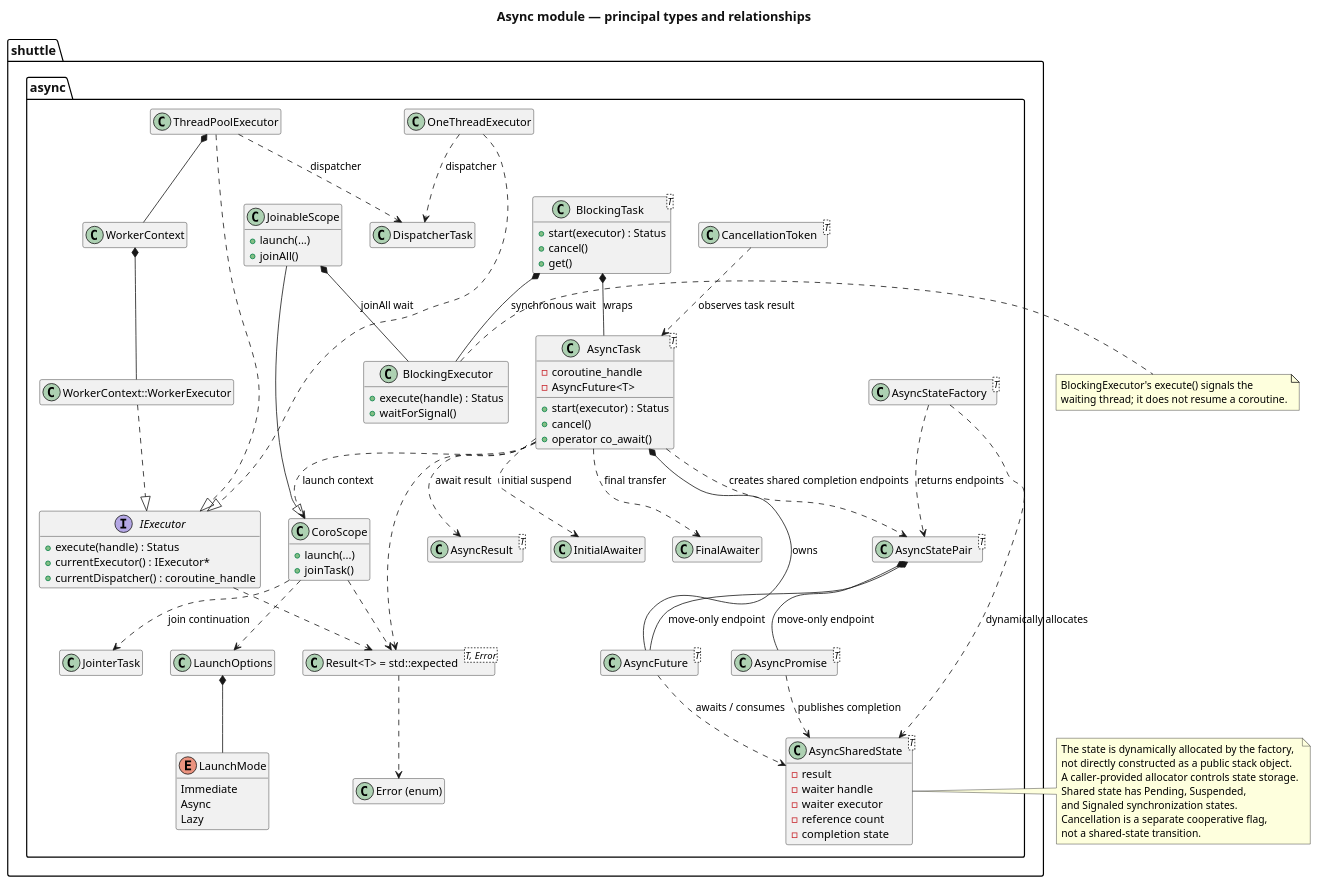
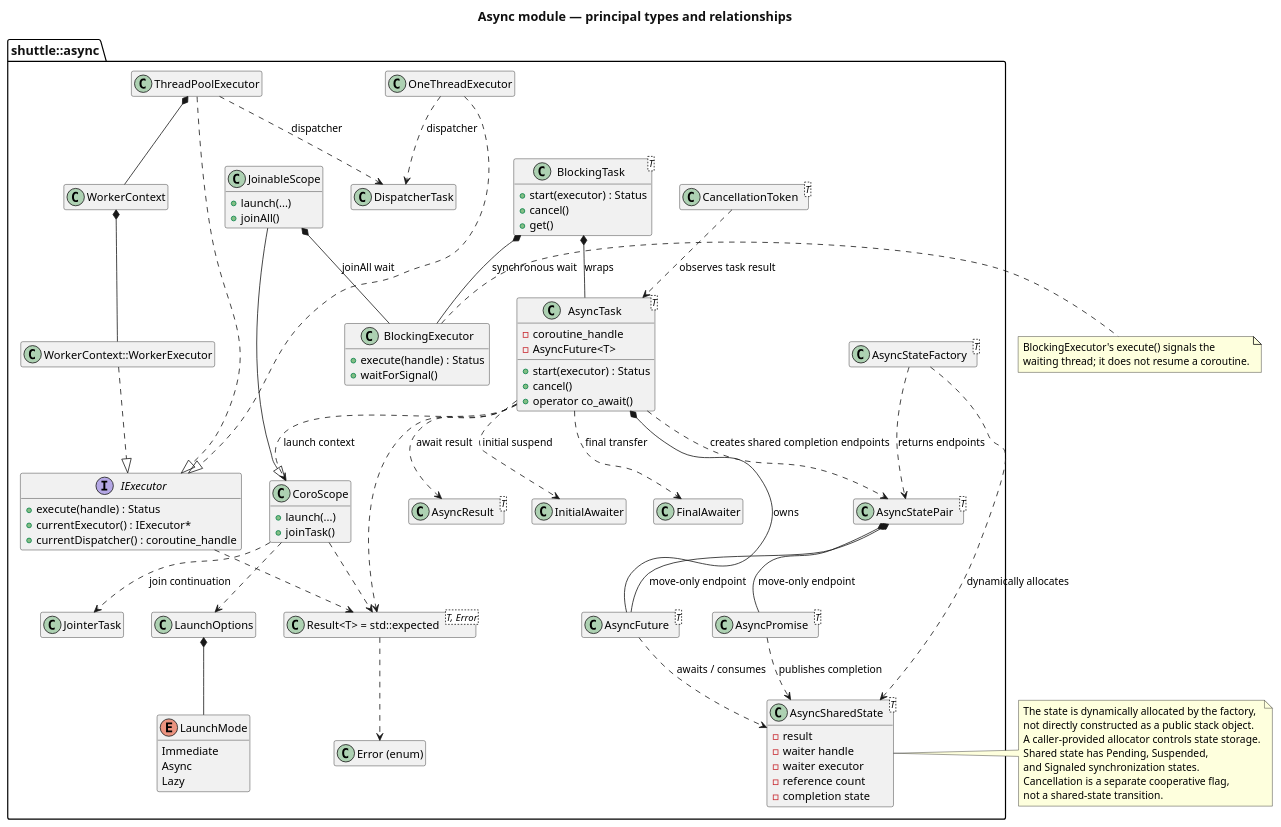
The diagram in uml/01_class_model.puml (EuShag/shuttle_async), drawn with PlantUML before and after one commit.

Commit message:
Commit actions

```diff
--- a/uml/01_class_model.puml
+++ b/uml/01_class_model.puml
@@ -1,129 +1,127 @@
 @startuml
 title Async module — principal types and relationships
 <style>
 document {
   BackgroundColor #FFFFFF
 }
 title {
   FontSize 16
   FontColor #111111
 }
 </style>
 hide empty members
 
-package shuttle {
-    package async {
+package shuttle::async {
   interface IExecutor {
     +execute(handle) : Status
     +currentExecutor() : IExecutor*
     +currentDispatcher() : coroutine_handle
   }
 
   class ThreadPoolExecutor
   class OneThreadExecutor
   class WorkerContext
   class "WorkerContext::WorkerExecutor" as WorkerExecutor
   class DispatcherTask
 
   class "AsyncTask<T>" as AsyncTask {
     -coroutine_handle
     -AsyncFuture<T>
     +start(executor) : Status
     +cancel()
     +operator co_await()
   }
   class "AsyncSharedState<T>" as SharedState {
     -result
     -waiter handle
     -waiter executor
     -reference count
     -completion state
   }
   class "AsyncFuture<T>" as AsyncFuture
   class "AsyncPromise<T>" as AsyncPromise
   class "AsyncStatePair<T>" as AsyncStatePair
   class "AsyncStateFactory<T>" as AsyncStateFactory
   class "AsyncResult<T>" as AsyncResult
   class "CancellationToken<T>" as CancellationToken
   class "BlockingTask<T>" as BlockingTask {
     +start(executor) : Status
     +cancel()
     +get()
   }
   class BlockingExecutor {
     +execute(handle) : Status
     +waitForSignal()
   }
 
   class CoroScope {
     +launch(...)
     +joinTask()
   }
   class JoinableScope {
     +launch(...)
     +joinAll()
   }
   class JointerTask
   class InitialAwaiter
   class FinalAwaiter
   class "Result<T> = std::expected<T, Error>" as Result
   class "Error (enum)" as Error
   class LaunchOptions
   enum LaunchMode {
     Immediate
     Async
     Lazy
   }
 
   ThreadPoolExecutor ..|> IExecutor
   OneThreadExecutor ..|> IExecutor
   WorkerExecutor ..|> IExecutor
   WorkerContext *-- WorkerExecutor
   ThreadPoolExecutor *-- WorkerContext
   ThreadPoolExecutor ..> DispatcherTask : dispatcher
   OneThreadExecutor ..> DispatcherTask : dispatcher
 
   AsyncTask *-- AsyncFuture : owns
   AsyncTask ..> AsyncStatePair : creates shared completion endpoints
   AsyncStatePair *-- AsyncPromise : move-only endpoint
   AsyncStatePair *-- AsyncFuture : move-only endpoint
   AsyncStateFactory ..> SharedState : dynamically allocates
   AsyncStateFactory ..> AsyncStatePair : returns endpoints
   AsyncPromise ..> SharedState : publishes completion
   AsyncFuture ..> SharedState : awaits / consumes
   AsyncTask ..> InitialAwaiter : initial suspend
   AsyncTask ..> FinalAwaiter : final transfer
   AsyncTask ..> CoroScope : launch context
   AsyncTask ..> AsyncResult : await result
   CancellationToken ..> AsyncTask : observes task result
   BlockingTask *-- AsyncTask : wraps
   BlockingTask *-- BlockingExecutor : synchronous wait
 
   JoinableScope --|> CoroScope
   JoinableScope *-- BlockingExecutor : joinAll wait
   CoroScope ..> JointerTask : join continuation
 
   IExecutor ..> Result
   AsyncTask ..> Result
   CoroScope ..> Result
   Result ..> Error
   CoroScope ..> LaunchOptions
   LaunchOptions *-- LaunchMode
 }
-}
 
 note right of SharedState
   The state is dynamically allocated by the factory,
   not directly constructed as a public stack object.
   A caller-provided allocator controls state storage.
   Shared state has Pending, Suspended,
   and Signaled synchronization states.
   Cancellation is a separate cooperative flag,
   not a shared-state transition.
 end note
 
 note right of BlockingExecutor
   BlockingExecutor's execute() signals the
   waiting thread; it does not resume a coroutine.
 end note
 @enduml
```
